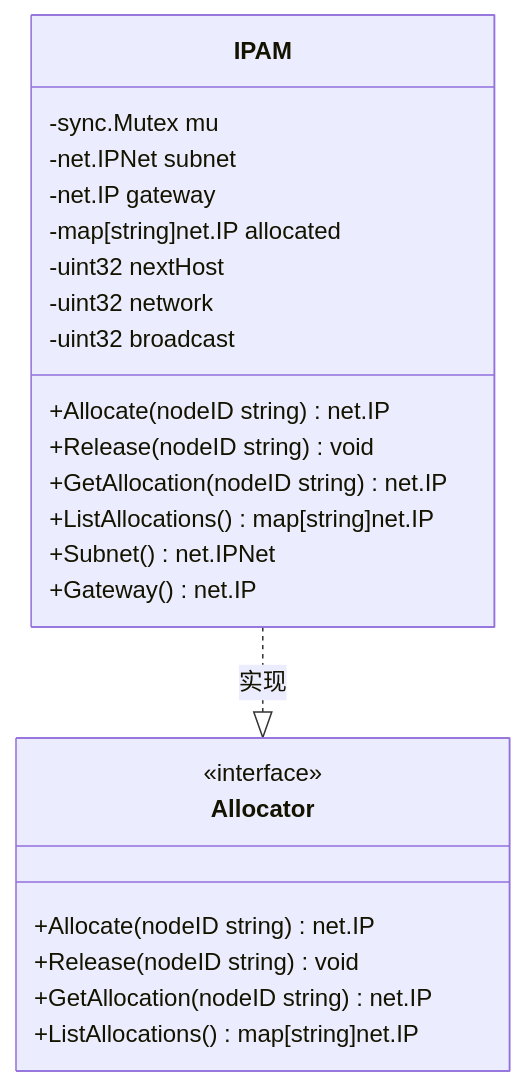
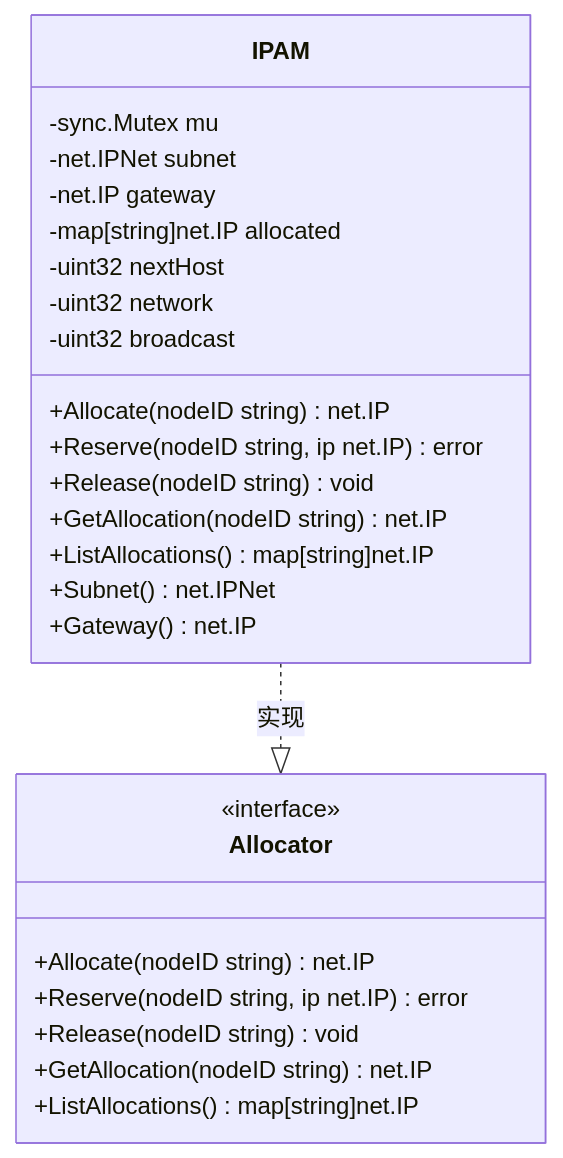
The third of 11 diagrams in .qoder/repowiki/zh/content/数据模型/IP地址管理(IPAM)系统.md (itsharex/NexTunnel), drawn with Mermaid before and after one commit. The commit also changed other lines of this file and 23 other files, not shown here.

````diff
--- a/.qoder/repowiki/zh/content/数据模型/IP地址管理(IPAM)系统.md
+++ b/.qoder/repowiki/zh/content/数据模型/IP地址管理(IPAM)系统.md
@@ -156,26 +179,28 @@
 ```mermaid
 classDiagram
 class IPAM {
 -sync.Mutex mu
 -net.IPNet subnet
 -net.IP gateway
 -map[string]net.IP allocated
 -uint32 nextHost
 -uint32 network
 -uint32 broadcast
 +Allocate(nodeID string) net.IP
++Reserve(nodeID string, ip net.IP) error
 +Release(nodeID string) void
 +GetAllocation(nodeID string) net.IP
 +ListAllocations() map[string]net.IP
 +Subnet() net.IPNet
 +Gateway() net.IP
 }
 class Allocator {
 <<interface>>
 +Allocate(nodeID string) net.IP
++Reserve(nodeID string, ip net.IP) error
 +Release(nodeID string) void
 +GetAllocation(nodeID string) net.IP
 +ListAllocations() map[string]net.IP
 }
 IPAM ..|> Allocator : 实现
 ```
````
